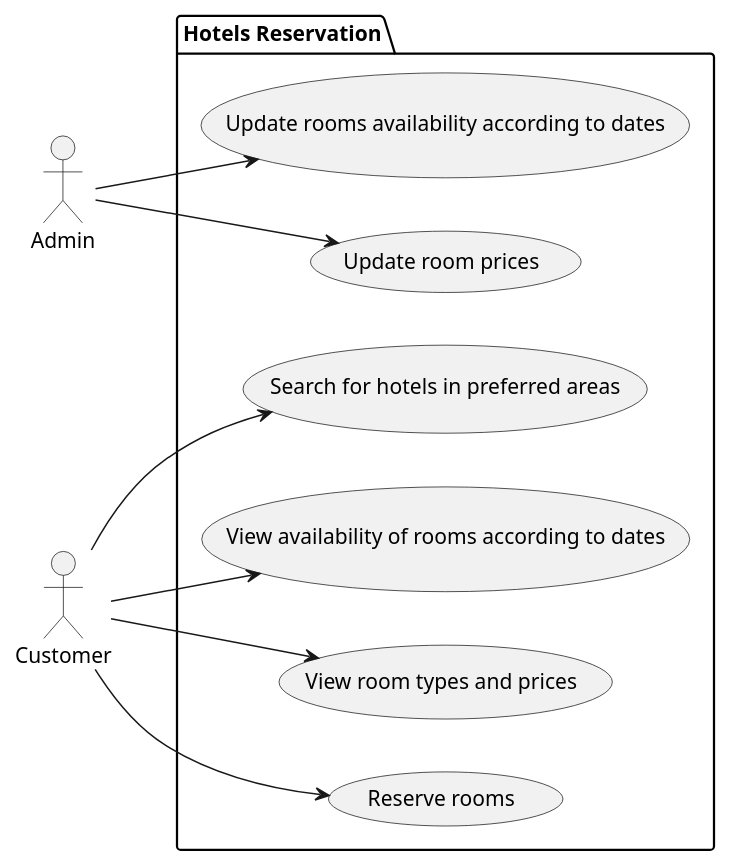
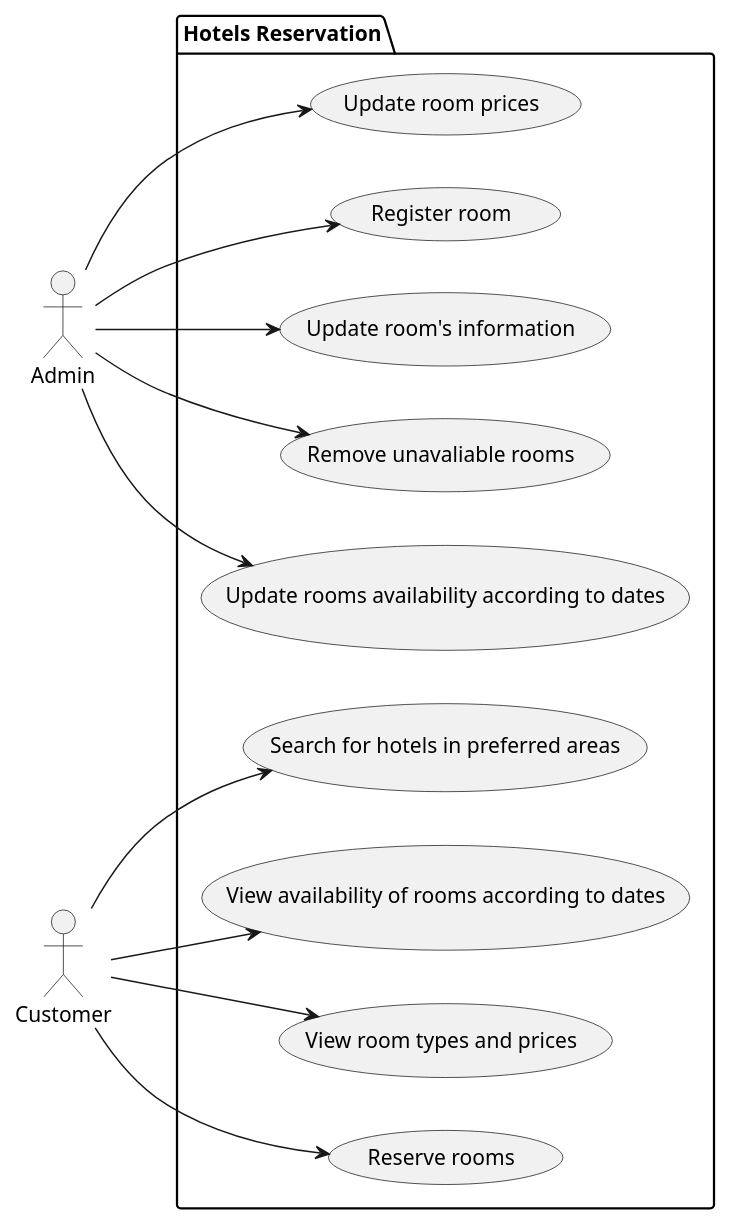
Before and after one commit to edwarmv/bpk_python_back-end_capacitation: the diagram in diagrams/use-case/hotels-reservation.puml, drawn with PlantUML. The commit also changed 2 other files, not shown here.

Commit message:
feat: update diagrams

```diff
--- a/diagrams/use-case/hotels-reservation.puml
+++ b/diagrams/use-case/hotels-reservation.puml
@@ -1,24 +1,30 @@
 @startuml
 
 left to right direction
 
 :Admin: as admin
 :Customer: as customer
 
 package "Hotels Reservation" {
   usecase "Search for hotels in preferred areas" as hr1
   usecase "View availability of rooms according to dates" as hr2
   usecase "View room types and prices" as hr3
   usecase "Reserve rooms" as hr4
   usecase "Update rooms availability according to dates" as hr5
   usecase "Update room prices" as hr6
+  usecase "Register room" as hr7
+  usecase "Update room's information" as hr8
+  usecase "Remove unavaliable rooms" as hr9
 }
 
 customer --> hr1
 customer --> hr2
 customer --> hr3
 customer --> hr4
 admin --> hr5
 admin --> hr6
+admin --> hr7
+admin --> hr8
+admin --> hr9
 
 @enduml
```
